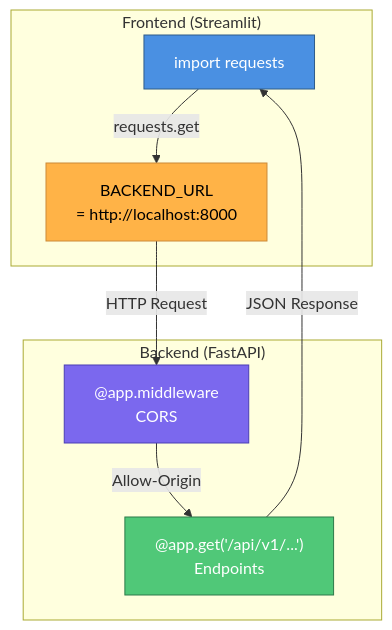
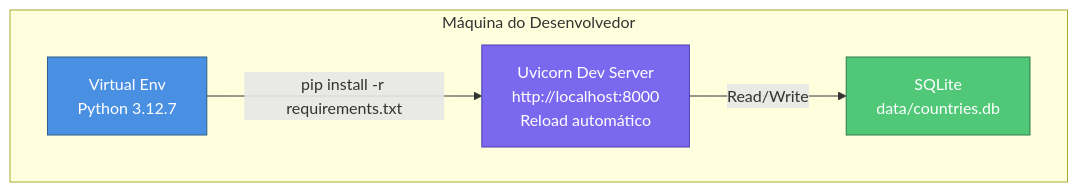
Before and after one commit to joaquimlbc/POS_ENG_IA_UFG: the seventh of 9 diagrams in documentacoes/ARCHITECTURE.md, drawn with Mermaid. The commit also changed other lines of this file and 19 other files, not shown here.

First line of the commit message:
Consolidate architecture docs and clean up root markdown files

````diff
--- a/documentacoes/ARCHITECTURE.md
+++ b/documentacoes/ARCHITECTURE.md
@@ -529,22 +505,15 @@
 ```mermaid
 graph TB
-    subgraph "Frontend (Streamlit)"
-        IMPORT["import requests"]
-        CONFIG["BACKEND_URL<br/>= http://localhost:8000"]
+    subgraph "Máquina do Desenvolvedor"
+        VENV["Virtual Env<br/>Python 3.12.7"]
+        FASTAPI["Uvicorn Dev Server<br/>http://localhost:8000<br/>Reload automático"]
+        SQLITE["SQLite<br/>data/countries.db"]
     end
-    
-    subgraph "Backend (FastAPI)"
-        CORS["@app.middleware<br/>CORS"]
-        ENDPOINTS["@app.get('/api/v1/...')<br/>Endpoints"]
-    end
-    
-    IMPORT -->|requests.get| CONFIG
-    CONFIG -->|HTTP Request| CORS
-    CORS -->|Allow-Origin| ENDPOINTS
-    ENDPOINTS -->|JSON Response| IMPORT
 
-    style IMPORT fill:#4A90E2,stroke:#2E5C8A,color:#fff
-    style CONFIG fill:#FFB347,stroke:#CC8A39,color:#000
-    style CORS fill:#7B68EE,stroke:#4A3FB5,color:#fff
-    style ENDPOINTS fill:#50C878,stroke:#2D7A4A,color:#fff
+    VENV -->|pip install -r requirements.txt| FASTAPI
+    FASTAPI -->|Read/Write| SQLITE
+
+    style VENV fill:#4A90E2,stroke:#2E5C8A,color:#fff
+    style FASTAPI fill:#7B68EE,stroke:#4A3FB5,color:#fff
+    style SQLITE fill:#50C878,stroke:#2D7A4A,color:#fff
 ```
````
